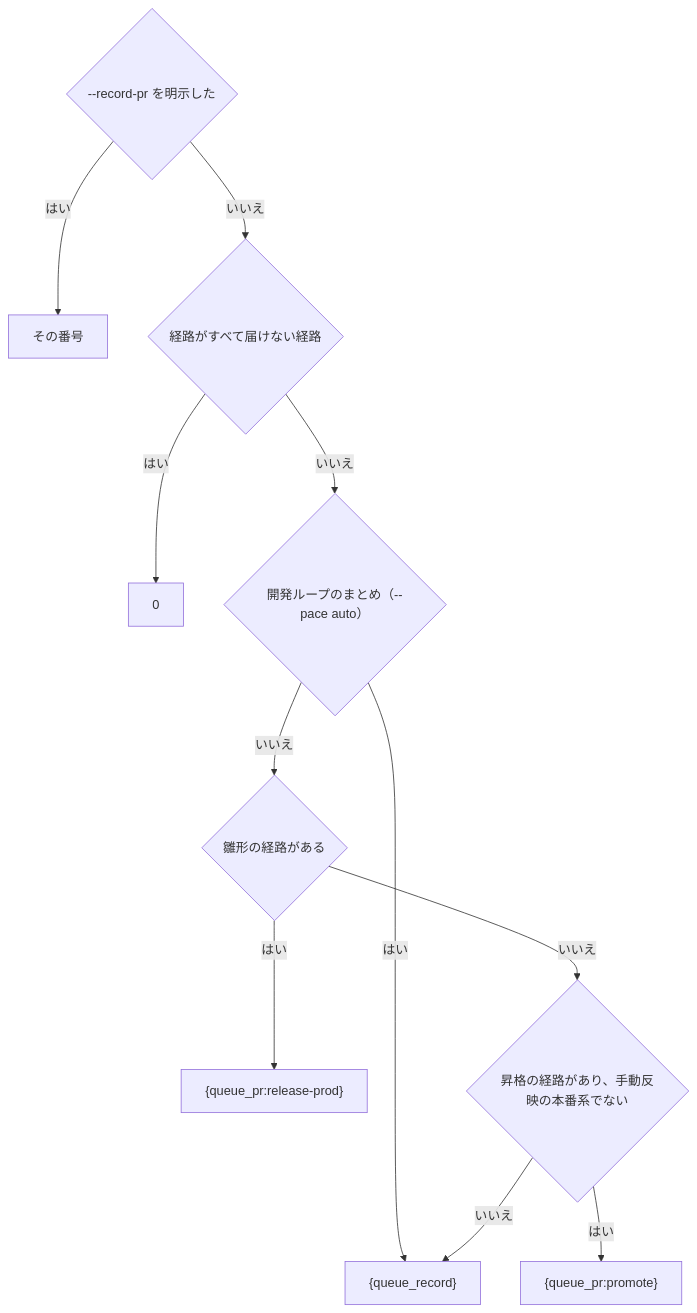
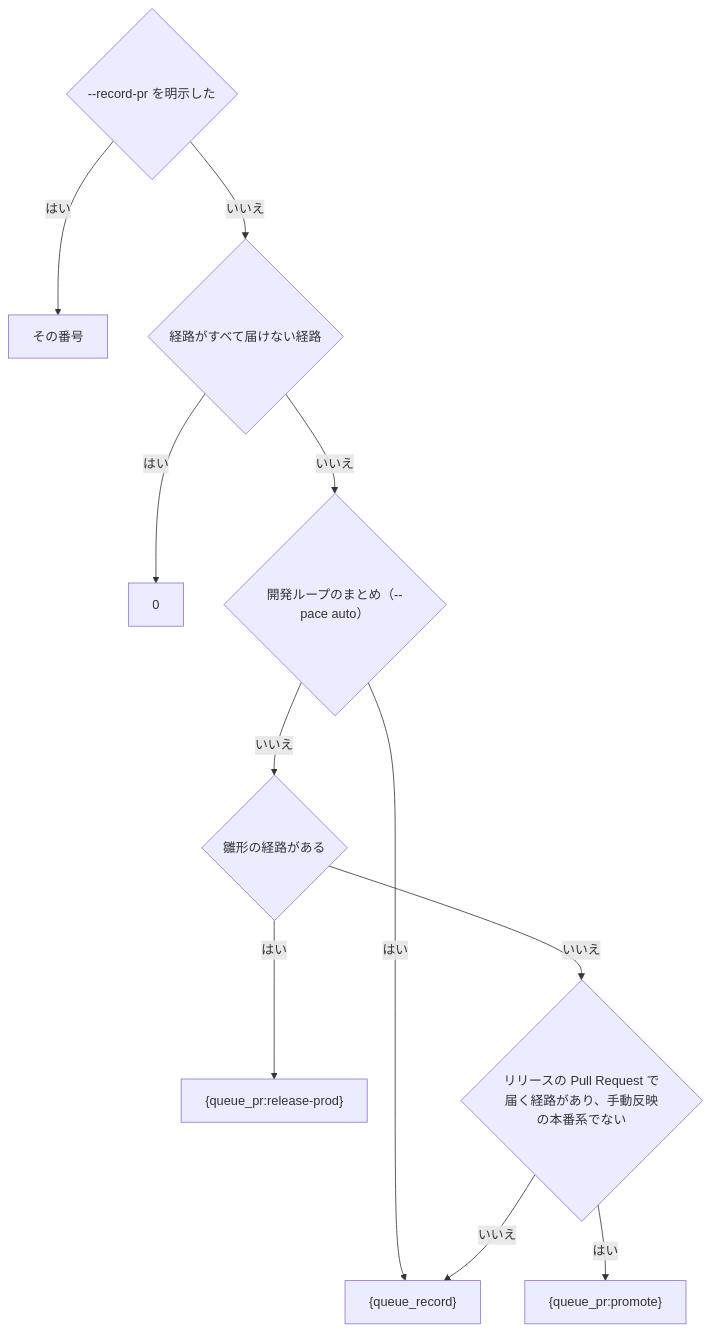
Before and after one commit to devbasex/ai-plugins: the second of 3 diagrams in docs/specifications/ndf-sprint-close-record-pr-at-run-time.md, drawn with Mermaid. The commit also changed other lines of this file and 11 other files, not shown here.

````diff
--- a/docs/specifications/ndf-sprint-close-record-pr-at-run-time.md
+++ b/docs/specifications/ndf-sprint-close-record-pr-at-run-time.md
@@ -118,13 +118,13 @@
 ```mermaid
 graph TD
   a{"--record-pr を明示した"} -->|はい| n["その番号"]
   a -->|いいえ| b{"経路がすべて届けない経路"}
   b -->|はい| z["0"]
   b -->|いいえ| c{"開発ループのまとめ（--pace auto）"}
   c -->|はい| q["{queue_record}"]
   c -->|いいえ| d{"雛形の経路がある"}
   d -->|はい| t["{queue_pr:release-prod}"]
-  d -->|いいえ| e{"昇格の経路があり、手動反映の本番系でない"}
+  d -->|いいえ| e{"リリースの Pull Request で届く経路があり、手動反映の本番系でない"}
   e -->|はい| p["{queue_pr:promote}"]
   e -->|いいえ| q
 ```
````
